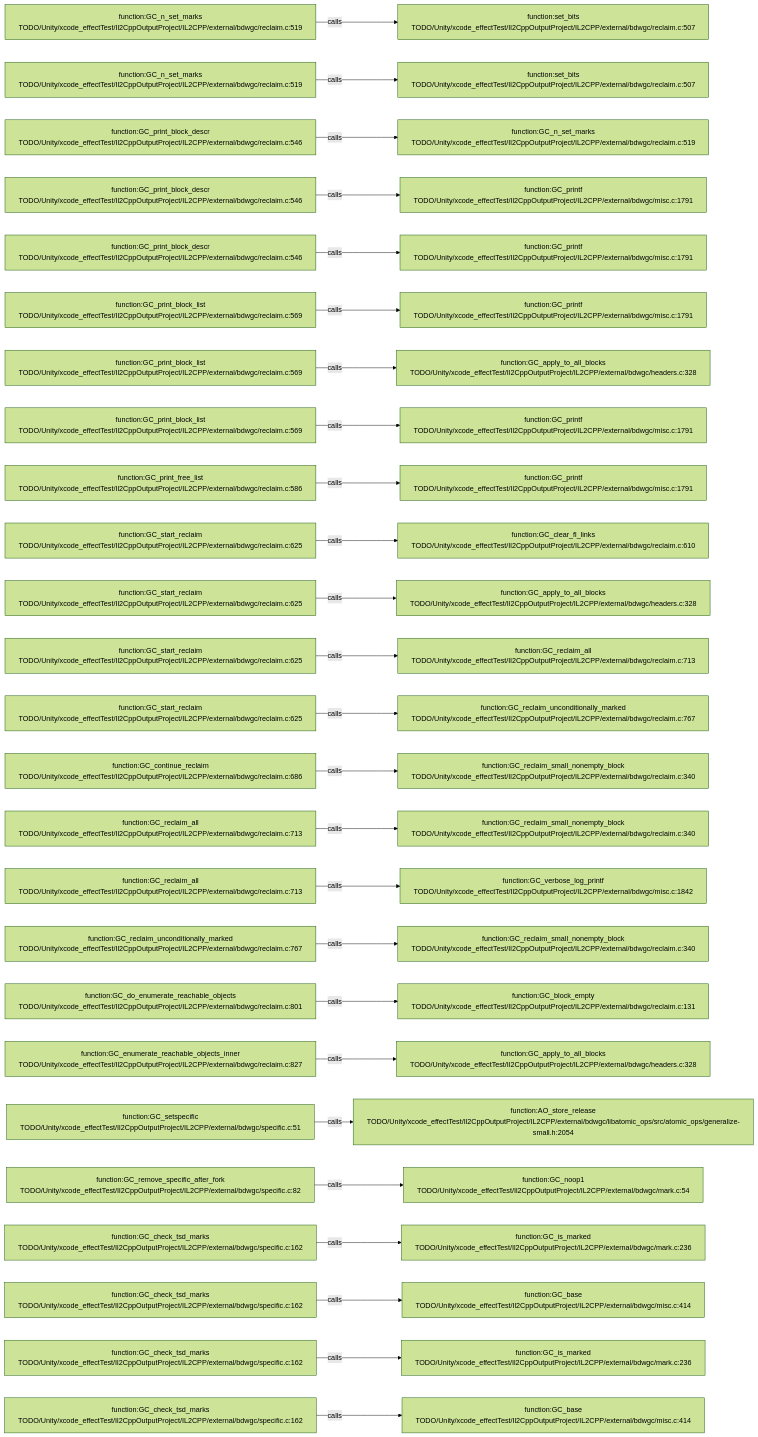
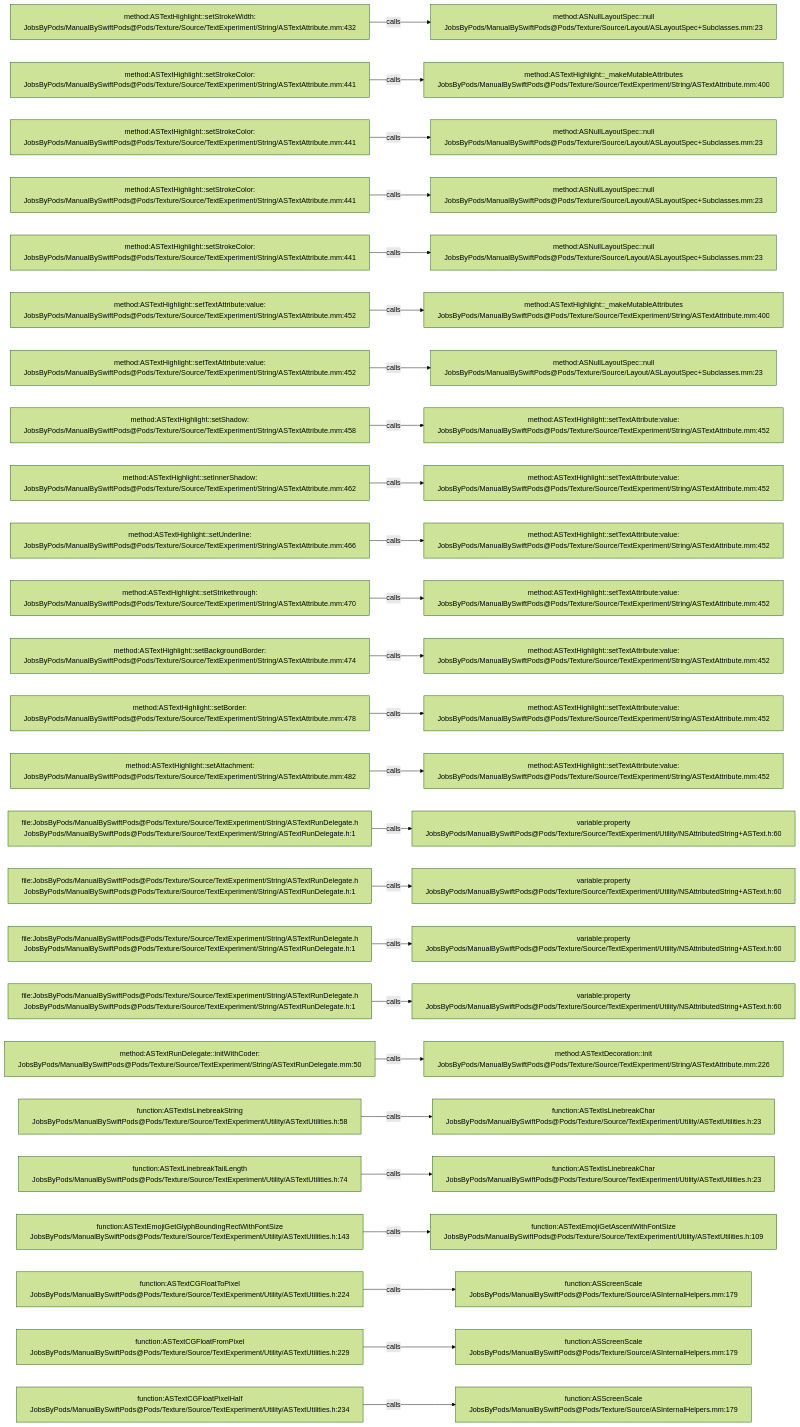
The diagram in .codegraph/codegraph.md/graphs/calls-158.md (JobsKits/JobsSwiftBaseConfigDemo), drawn with Mermaid (forest theme) before and after one commit. The commit also changed 2959 other files, not shown here.

````diff
--- a/.codegraph/codegraph.md/graphs/calls-158.md
+++ b/.codegraph/codegraph.md/graphs/calls-158.md
@@ -13,78 +13,78 @@
 ```mermaid
 flowchart LR
-  S1["function:GC_n_set_marks<br/>TODO/Unity/xcode_effectTest/Il2CppOutputProject/IL2CPP/external/bdwgc/reclaim.c:519"]
-  T1["function:set_bits<br/>TODO/Unity/xcode_effectTest/Il2CppOutputProject/IL2CPP/external/bdwgc/reclaim.c:507"]
+  S1["method:ASTextHighlight::setStrokeWidth:<br/>JobsByPods/ManualBySwiftPods@Pods/Texture/Source/TextExperiment/String/ASTextAttribute.mm:432"]
+  T1["method:ASNullLayoutSpec::null<br/>JobsByPods/ManualBySwiftPods@Pods/Texture/Source/Layout/ASLayoutSpec+Subclasses.mm:23"]
   S1 -->|calls| T1
-  S2["function:GC_n_set_marks<br/>TODO/Unity/xcode_effectTest/Il2CppOutputProject/IL2CPP/external/bdwgc/reclaim.c:519"]
-  T2["function:set_bits<br/>TODO/Unity/xcode_effectTest/Il2CppOutputProject/IL2CPP/external/bdwgc/reclaim.c:507"]
+  S2["method:ASTextHighlight::setStrokeColor:<br/>JobsByPods/ManualBySwiftPods@Pods/Texture/Source/TextExperiment/String/ASTextAttribute.mm:441"]
+  T2["method:ASTextHighlight::_makeMutableAttributes<br/>JobsByPods/ManualBySwiftPods@Pods/Texture/Source/TextExperiment/String/ASTextAttribute.mm:400"]
   S2 -->|calls| T2
-  S3["function:GC_print_block_descr<br/>TODO/Unity/xcode_effectTest/Il2CppOutputProject/IL2CPP/external/bdwgc/reclaim.c:546"]
-  T3["function:GC_n_set_marks<br/>TODO/Unity/xcode_effectTest/Il2CppOutputProject/IL2CPP/external/bdwgc/reclaim.c:519"]
+  S3["method:ASTextHighlight::setStrokeColor:<br/>JobsByPods/ManualBySwiftPods@Pods/Texture/Source/TextExperiment/String/ASTextAttribute.mm:441"]
+  T3["method:ASNullLayoutSpec::null<br/>JobsByPods/ManualBySwiftPods@Pods/Texture/Source/Layout/ASLayoutSpec+Subclasses.mm:23"]
   S3 -->|calls| T3
-  S4["function:GC_print_block_descr<br/>TODO/Unity/xcode_effectTest/Il2CppOutputProject/IL2CPP/external/bdwgc/reclaim.c:546"]
-  T4["function:GC_printf<br/>TODO/Unity/xcode_effectTest/Il2CppOutputProject/IL2CPP/external/bdwgc/misc.c:1791"]
+  S4["method:ASTextHighlight::setStrokeColor:<br/>JobsByPods/ManualBySwiftPods@Pods/Texture/Source/TextExperiment/String/ASTextAttribute.mm:441"]
+  T4["method:ASNullLayoutSpec::null<br/>JobsByPods/ManualBySwiftPods@Pods/Texture/Source/Layout/ASLayoutSpec+Subclasses.mm:23"]
   S4 -->|calls| T4
-  S5["function:GC_print_block_descr<br/>TODO/Unity/xcode_effectTest/Il2CppOutputProject/IL2CPP/external/bdwgc/reclaim.c:546"]
-  T5["function:GC_printf<br/>TODO/Unity/xcode_effectTest/Il2CppOutputProject/IL2CPP/external/bdwgc/misc.c:1791"]
+  S5["method:ASTextHighlight::setStrokeColor:<br/>JobsByPods/ManualBySwiftPods@Pods/Texture/Source/TextExperiment/String/ASTextAttribute.mm:441"]
+  T5["method:ASNullLayoutSpec::null<br/>JobsByPods/ManualBySwiftPods@Pods/Texture/Source/Layout/ASLayoutSpec+Subclasses.mm:23"]
   S5 -->|calls| T5
-  S6["function:GC_print_block_list<br/>TODO/Unity/xcode_effectTest/Il2CppOutputProject/IL2CPP/external/bdwgc/reclaim.c:569"]
-  T6["function:GC_printf<br/>TODO/Unity/xcode_effectTest/Il2CppOutputProject/IL2CPP/external/bdwgc/misc.c:1791"]
+  S6["method:ASTextHighlight::setTextAttribute:value:<br/>JobsByPods/ManualBySwiftPods@Pods/Texture/Source/TextExperiment/String/ASTextAttribute.mm:452"]
+  T6["method:ASTextHighlight::_makeMutableAttributes<br/>JobsByPods/ManualBySwiftPods@Pods/Texture/Source/TextExperiment/String/ASTextAttribute.mm:400"]
   S6 -->|calls| T6
-  S7["function:GC_print_block_list<br/>TODO/Unity/xcode_effectTest/Il2CppOutputProject/IL2CPP/external/bdwgc/reclaim.c:569"]
-  T7["function:GC_apply_to_all_blocks<br/>TODO/Unity/xcode_effectTest/Il2CppOutputProject/IL2CPP/external/bdwgc/headers.c:328"]
+  S7["method:ASTextHighlight::setTextAttribute:value:<br/>JobsByPods/ManualBySwiftPods@Pods/Texture/Source/TextExperiment/String/ASTextAttribute.mm:452"]
+  T7["method:ASNullLayoutSpec::null<br/>JobsByPods/ManualBySwiftPods@Pods/Texture/Source/Layout/ASLayoutSpec+Subclasses.mm:23"]
   S7 -->|calls| T7
-  S8["function:GC_print_block_list<br/>TODO/Unity/xcode_effectTest/Il2CppOutputProject/IL2CPP/external/bdwgc/reclaim.c:569"]
-  T8["function:GC_printf<br/>TODO/Unity/xcode_effectTest/Il2CppOutputProject/IL2CPP/external/bdwgc/misc.c:1791"]
+  S8["method:ASTextHighlight::setShadow:<br/>JobsByPods/ManualBySwiftPods@Pods/Texture/Source/TextExperiment/String/ASTextAttribute.mm:458"]
+  T8["method:ASTextHighlight::setTextAttribute:value:<br/>JobsByPods/ManualBySwiftPods@Pods/Texture/Source/TextExperiment/String/ASTextAttribute.mm:452"]
   S8 -->|calls| T8
-  S9["function:GC_print_free_list<br/>TODO/Unity/xcode_effectTest/Il2CppOutputProject/IL2CPP/external/bdwgc/reclaim.c:586"]
-  T9["function:GC_printf<br/>TODO/Unity/xcode_effectTest/Il2CppOutputProject/IL2CPP/external/bdwgc/misc.c:1791"]
+  S9["method:ASTextHighlight::setInnerShadow:<br/>JobsByPods/ManualBySwiftPods@Pods/Texture/Source/TextExperiment/String/ASTextAttribute.mm:462"]
+  T9["method:ASTextHighlight::setTextAttribute:value:<br/>JobsByPods/ManualBySwiftPods@Pods/Texture/Source/TextExperiment/String/ASTextAttribute.mm:452"]
   S9 -->|calls| T9
-  S10["function:GC_start_reclaim<br/>TODO/Unity/xcode_effectTest/Il2CppOutputProject/IL2CPP/external/bdwgc/reclaim.c:625"]
-  T10["function:GC_clear_fl_links<br/>TODO/Unity/xcode_effectTest/Il2CppOutputProject/IL2CPP/external/bdwgc/reclaim.c:610"]
+  S10["method:ASTextHighlight::setUnderline:<br/>JobsByPods/ManualBySwiftPods@Pods/Texture/Source/TextExperiment/String/ASTextAttribute.mm:466"]
+  T10["method:ASTextHighlight::setTextAttribute:value:<br/>JobsByPods/ManualBySwiftPods@Pods/Texture/Source/TextExperiment/String/ASTextAttribute.mm:452"]
   S10 -->|calls| T10
-  S11["function:GC_start_reclaim<br/>TODO/Unity/xcode_effectTest/Il2CppOutputProject/IL2CPP/external/bdwgc/reclaim.c:625"]
-  T11["function:GC_apply_to_all_blocks<br/>TODO/Unity/xcode_effectTest/Il2CppOutputProject/IL2CPP/external/bdwgc/headers.c:328"]
+  S11["method:ASTextHighlight::setStrikethrough:<br/>JobsByPods/ManualBySwiftPods@Pods/Texture/Source/TextExperiment/String/ASTextAttribute.mm:470"]
+  T11["method:ASTextHighlight::setTextAttribute:value:<br/>JobsByPods/ManualBySwiftPods@Pods/Texture/Source/TextExperiment/String/ASTextAttribute.mm:452"]
   S11 -->|calls| T11
-  S12["function:GC_start_reclaim<br/>TODO/Unity/xcode_effectTest/Il2CppOutputProject/IL2CPP/external/bdwgc/reclaim.c:625"]
-  T12["function:GC_reclaim_all<br/>TODO/Unity/xcode_effectTest/Il2CppOutputProject/IL2CPP/external/bdwgc/reclaim.c:713"]
+  S12["method:ASTextHighlight::setBackgroundBorder:<br/>JobsByPods/ManualBySwiftPods@Pods/Texture/Source/TextExperiment/String/ASTextAttribute.mm:474"]
+  T12["method:ASTextHighlight::setTextAttribute:value:<br/>JobsByPods/ManualBySwiftPods@Pods/Texture/Source/TextExperiment/String/ASTextAttribute.mm:452"]
   S12 -->|calls| T12
-  S13["function:GC_start_reclaim<br/>TODO/Unity/xcode_effectTest/Il2CppOutputProject/IL2CPP/external/bdwgc/reclaim.c:625"]
-  T13["function:GC_reclaim_unconditionally_marked<br/>TODO/Unity/xcode_effectTest/Il2CppOutputProject/IL2CPP/external/bdwgc/reclaim.c:767"]
+  S13["method:ASTextHighlight::setBorder:<br/>JobsByPods/ManualBySwiftPods@Pods/Texture/Source/TextExperiment/String/ASTextAttribute.mm:478"]
+  T13["method:ASTextHighlight::setTextAttribute:value:<br/>JobsByPods/ManualBySwiftPods@Pods/Texture/Source/TextExperiment/String/ASTextAttribute.mm:452"]
   S13 -->|calls| T13
-  S14["function:GC_continue_reclaim<br/>TODO/Unity/xcode_effectTest/Il2CppOutputProject/IL2CPP/external/bdwgc/reclaim.c:686"]
-  T14["function:GC_reclaim_small_nonempty_block<br/>TODO/Unity/xcode_effectTest/Il2CppOutputProject/IL2CPP/external/bdwgc/reclaim.c:340"]
+  S14["method:ASTextHighlight::setAttachment:<br/>JobsByPods/ManualBySwiftPods@Pods/Texture/Source/TextExperiment/String/ASTextAttribute.mm:482"]
+  T14["method:ASTextHighlight::setTextAttribute:value:<br/>JobsByPods/ManualBySwiftPods@Pods/Texture/Source/TextExperiment/String/ASTextAttribute.mm:452"]
   S14 -->|calls| T14
-  S15["function:GC_reclaim_all<br/>TODO/Unity/xcode_effectTest/Il2CppOutputProject/IL2CPP/external/bdwgc/reclaim.c:713"]
-  T15["function:GC_reclaim_small_nonempty_block<br/>TODO/Unity/xcode_effectTest/Il2CppOutputProject/IL2CPP/external/bdwgc/reclaim.c:340"]
+  S15["file:JobsByPods/ManualBySwiftPods@Pods/Texture/Source/TextExperiment/String/ASTextRunDelegate.h<br/>JobsByPods/ManualBySwiftPods@Pods/Texture/Source/TextExperiment/String/ASTextRunDelegate.h:1"]
+  T15["variable:property<br/>JobsByPods/ManualBySwiftPods@Pods/Texture/Source/TextExperiment/Utility/NSAttributedString+ASText.h:60"]
   S15 -->|calls| T15
-  S16["function:GC_reclaim_all<br/>TODO/Unity/xcode_effectTest/Il2CppOutputProject/IL2CPP/external/bdwgc/reclaim.c:713"]
-  T16["function:GC_verbose_log_printf<br/>TODO/Unity/xcode_effectTest/Il2CppOutputProject/IL2CPP/external/bdwgc/misc.c:1842"]
+  S16["file:JobsByPods/ManualBySwiftPods@Pods/Texture/Source/TextExperiment/String/ASTextRunDelegate.h<br/>JobsByPods/ManualBySwiftPods@Pods/Texture/Source/TextExperiment/String/ASTextRunDelegate.h:1"]
+  T16["variable:property<br/>JobsByPods/ManualBySwiftPods@Pods/Texture/Source/TextExperiment/Utility/NSAttributedString+ASText.h:60"]
   S16 -->|calls| T16
-  S17["function:GC_reclaim_unconditionally_marked<br/>TODO/Unity/xcode_effectTest/Il2CppOutputProject/IL2CPP/external/bdwgc/reclaim.c:767"]
-  T17["function:GC_reclaim_small_nonempty_block<br/>TODO/Unity/xcode_effectTest/Il2CppOutputProject/IL2CPP/external/bdwgc/reclaim.c:340"]
+  S17["file:JobsByPods/ManualBySwiftPods@Pods/Texture/Source/TextExperiment/String/ASTextRunDelegate.h<br/>JobsByPods/ManualBySwiftPods@Pods/Texture/Source/TextExperiment/String/ASTextRunDelegate.h:1"]
+  T17["variable:property<br/>JobsByPods/ManualBySwiftPods@Pods/Texture/Source/TextExperiment/Utility/NSAttributedString+ASText.h:60"]
   S17 -->|calls| T17
-  S18["function:GC_do_enumerate_reachable_objects<br/>TODO/Unity/xcode_effectTest/Il2CppOutputProject/IL2CPP/external/bdwgc/reclaim.c:801"]
-  T18["function:GC_block_empty<br/>TODO/Unity/xcode_effectTest/Il2CppOutputProject/IL2CPP/external/bdwgc/reclaim.c:131"]
+  S18["file:JobsByPods/ManualBySwiftPods@Pods/Texture/Source/TextExperiment/String/ASTextRunDelegate.h<br/>JobsByPods/ManualBySwiftPods@Pods/Texture/Source/TextExperiment/String/ASTextRunDelegate.h:1"]
+  T18["variable:property<br/>JobsByPods/ManualBySwiftPods@Pods/Texture/Source/TextExperiment/Utility/NSAttributedString+ASText.h:60"]
   S18 -->|calls| T18
-  S19["function:GC_enumerate_reachable_objects_inner<br/>TODO/Unity/xcode_effectTest/Il2CppOutputProject/IL2CPP/external/bdwgc/reclaim.c:827"]
-  T19["function:GC_apply_to_all_blocks<br/>TODO/Unity/xcode_effectTest/Il2CppOutputProject/IL2CPP/external/bdwgc/headers.c:328"]
+  S19["method:ASTextRunDelegate::initWithCoder:<br/>JobsByPods/ManualBySwiftPods@Pods/Texture/Source/TextExperiment/String/ASTextRunDelegate.mm:50"]
+  T19["method:ASTextDecoration::init<br/>JobsByPods/ManualBySwiftPods@Pods/Texture/Source/TextExperiment/String/ASTextAttribute.mm:226"]
   S19 -->|calls| T19
-  S20["function:GC_setspecific<br/>TODO/Unity/xcode_effectTest/Il2CppOutputProject/IL2CPP/external/bdwgc/specific.c:51"]
-  T20["function:AO_store_release<br/>TODO/Unity/xcode_effectTest/Il2CppOutputProject/IL2CPP/external/bdwgc/libatomic_ops/src/atomic_ops/generalize-small.h:2054"]
+  S20["function:ASTextIsLinebreakString<br/>JobsByPods/ManualBySwiftPods@Pods/Texture/Source/TextExperiment/Utility/ASTextUtilities.h:58"]
+  T20["function:ASTextIsLinebreakChar<br/>JobsByPods/ManualBySwiftPods@Pods/Texture/Source/TextExperiment/Utility/ASTextUtilities.h:23"]
   S20 -->|calls| T20
-  S21["function:GC_remove_specific_after_fork<br/>TODO/Unity/xcode_effectTest/Il2CppOutputProject/IL2CPP/external/bdwgc/specific.c:82"]
-  T21["function:GC_noop1<br/>TODO/Unity/xcode_effectTest/Il2CppOutputProject/IL2CPP/external/bdwgc/mark.c:54"]
+  S21["function:ASTextLinebreakTailLength<br/>JobsByPods/ManualBySwiftPods@Pods/Texture/Source/TextExperiment/Utility/ASTextUtilities.h:74"]
+  T21["function:ASTextIsLinebreakChar<br/>JobsByPods/ManualBySwiftPods@Pods/Texture/Source/TextExperiment/Utility/ASTextUtilities.h:23"]
   S21 -->|calls| T21
-  S22["function:GC_check_tsd_marks<br/>TODO/Unity/xcode_effectTest/Il2CppOutputProject/IL2CPP/external/bdwgc/specific.c:162"]
-  T22["function:GC_is_marked<br/>TODO/Unity/xcode_effectTest/Il2CppOutputProject/IL2CPP/external/bdwgc/mark.c:236"]
+  S22["function:ASTextEmojiGetGlyphBoundingRectWithFontSize<br/>JobsByPods/ManualBySwiftPods@Pods/Texture/Source/TextExperiment/Utility/ASTextUtilities.h:143"]
+  T22["function:ASTextEmojiGetAscentWithFontSize<br/>JobsByPods/ManualBySwiftPods@Pods/Texture/Source/TextExperiment/Utility/ASTextUtilities.h:109"]
   S22 -->|calls| T22
-  S23["function:GC_check_tsd_marks<br/>TODO/Unity/xcode_effectTest/Il2CppOutputProject/IL2CPP/external/bdwgc/specific.c:162"]
-  T23["function:GC_base<br/>TODO/Unity/xcode_effectTest/Il2CppOutputProject/IL2CPP/external/bdwgc/misc.c:414"]
+  S23["function:ASTextCGFloatToPixel<br/>JobsByPods/ManualBySwiftPods@Pods/Texture/Source/TextExperiment/Utility/ASTextUtilities.h:224"]
+  T23["function:ASScreenScale<br/>JobsByPods/ManualBySwiftPods@Pods/Texture/Source/ASInternalHelpers.mm:179"]
   S23 -->|calls| T23
-  S24["function:GC_check_tsd_marks<br/>TODO/Unity/xcode_effectTest/Il2CppOutputProject/IL2CPP/external/bdwgc/specific.c:162"]
-  T24["function:GC_is_marked<br/>TODO/Unity/xcode_effectTest/Il2CppOutputProject/IL2CPP/external/bdwgc/mark.c:236"]
+  S24["function:ASTextCGFloatFromPixel<br/>JobsByPods/ManualBySwiftPods@Pods/Texture/Source/TextExperiment/Utility/ASTextUtilities.h:229"]
+  T24["function:ASScreenScale<br/>JobsByPods/ManualBySwiftPods@Pods/Texture/Source/ASInternalHelpers.mm:179"]
   S24 -->|calls| T24
-  S25["function:GC_check_tsd_marks<br/>TODO/Unity/xcode_effectTest/Il2CppOutputProject/IL2CPP/external/bdwgc/specific.c:162"]
-  T25["function:GC_base<br/>TODO/Unity/xcode_effectTest/Il2CppOutputProject/IL2CPP/external/bdwgc/misc.c:414"]
+  S25["function:ASTextCGFloatPixelHalf<br/>JobsByPods/ManualBySwiftPods@Pods/Texture/Source/TextExperiment/Utility/ASTextUtilities.h:234"]
+  T25["function:ASScreenScale<br/>JobsByPods/ManualBySwiftPods@Pods/Texture/Source/ASInternalHelpers.mm:179"]
   S25 -->|calls| T25
 ```
````
